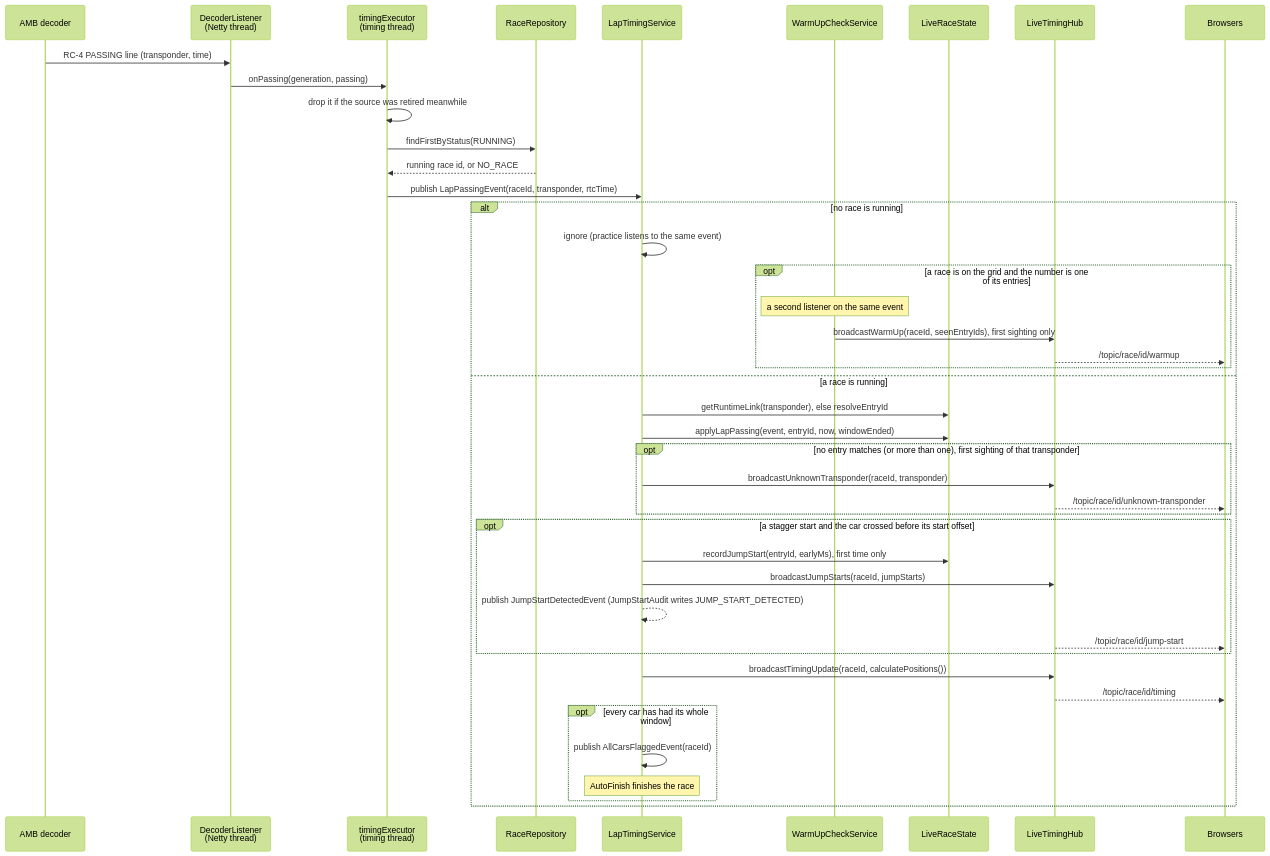
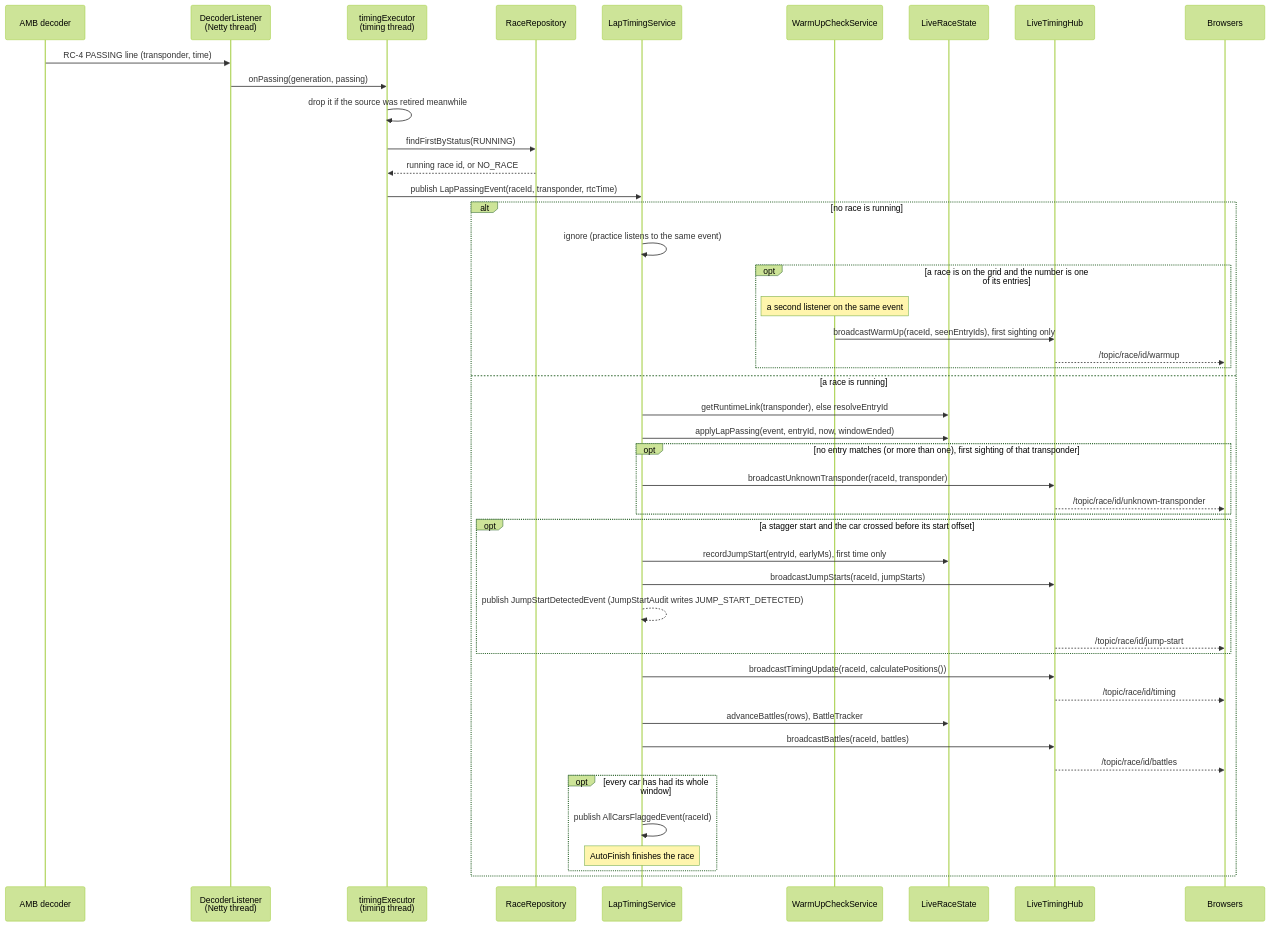
One commit to RCRaceHub/RCTimingControl changed the first of 10 diagrams in docs/developer/sequences.md. Above: the diagram before and after it, drawn with Mermaid (forest theme). The commit also changed 33 other files, not shown here.

````diff
--- a/docs/developer/sequences.md
+++ b/docs/developer/sequences.md
@@ -18,46 +18,49 @@
 ```mermaid
 sequenceDiagram
     participant Dec as AMB decoder
     participant DL as DecoderListener<br/>(Netty thread)
     participant TE as timingExecutor<br/>(timing thread)
     participant RR as RaceRepository
     participant LTS as LapTimingService
     participant WU as WarmUpCheckService
     participant LRS as LiveRaceState
     participant Hub as LiveTimingHub
     participant B as Browsers
 
     Dec->>DL: RC-4 PASSING line (transponder, time)
     DL->>TE: onPassing(generation, passing)
     TE->>TE: drop it if the source was retired meanwhile
     TE->>RR: findFirstByStatus(RUNNING)
     RR-->>TE: running race id, or NO_RACE
     TE->>LTS: publish LapPassingEvent(raceId, transponder, rtcTime)
     alt no race is running
         LTS->>LTS: ignore (practice listens to the same event)
         opt a race is on the grid and the number is one of its entries
             Note over WU: a second listener on the same event
             WU->>Hub: broadcastWarmUp(raceId, seenEntryIds), first sighting only
             Hub-->>B: /topic/race/id/warmup
         end
     else a race is running
         LTS->>LRS: getRuntimeLink(transponder), else resolveEntryId
         LTS->>LRS: applyLapPassing(event, entryId, now, windowEnded)
         opt no entry matches (or more than one), first sighting of that transponder
             LTS->>Hub: broadcastUnknownTransponder(raceId, transponder)
             Hub-->>B: /topic/race/id/unknown-transponder
         end
         opt a stagger start and the car crossed before its start offset
             LTS->>LRS: recordJumpStart(entryId, earlyMs), first time only
             LTS->>Hub: broadcastJumpStarts(raceId, jumpStarts)
             LTS-->>LTS: publish JumpStartDetectedEvent (JumpStartAudit writes JUMP_START_DETECTED)
             Hub-->>B: /topic/race/id/jump-start
         end
         LTS->>Hub: broadcastTimingUpdate(raceId, calculatePositions())
         Hub-->>B: /topic/race/id/timing
+        LTS->>LRS: advanceBattles(rows), BattleTracker
+        LTS->>Hub: broadcastBattles(raceId, battles)
+        Hub-->>B: /topic/race/id/battles
         opt every car has had its whole window
             LTS->>LTS: publish AllCarsFlaggedEvent(raceId)
             Note over LTS: AutoFinish finishes the race
         end
     end
 ```
````
